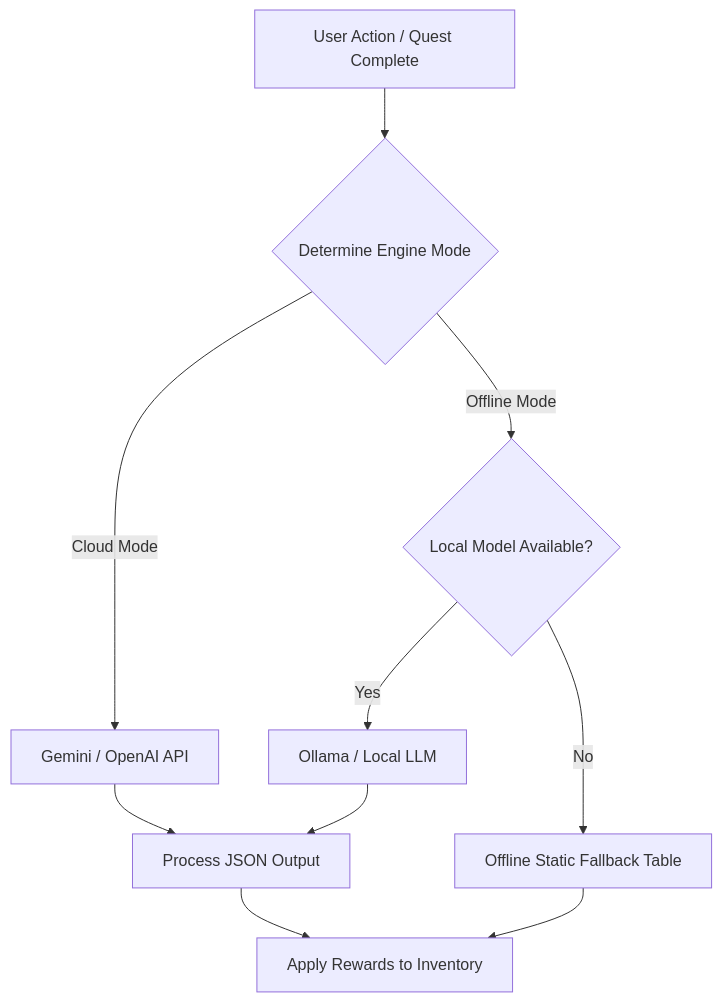
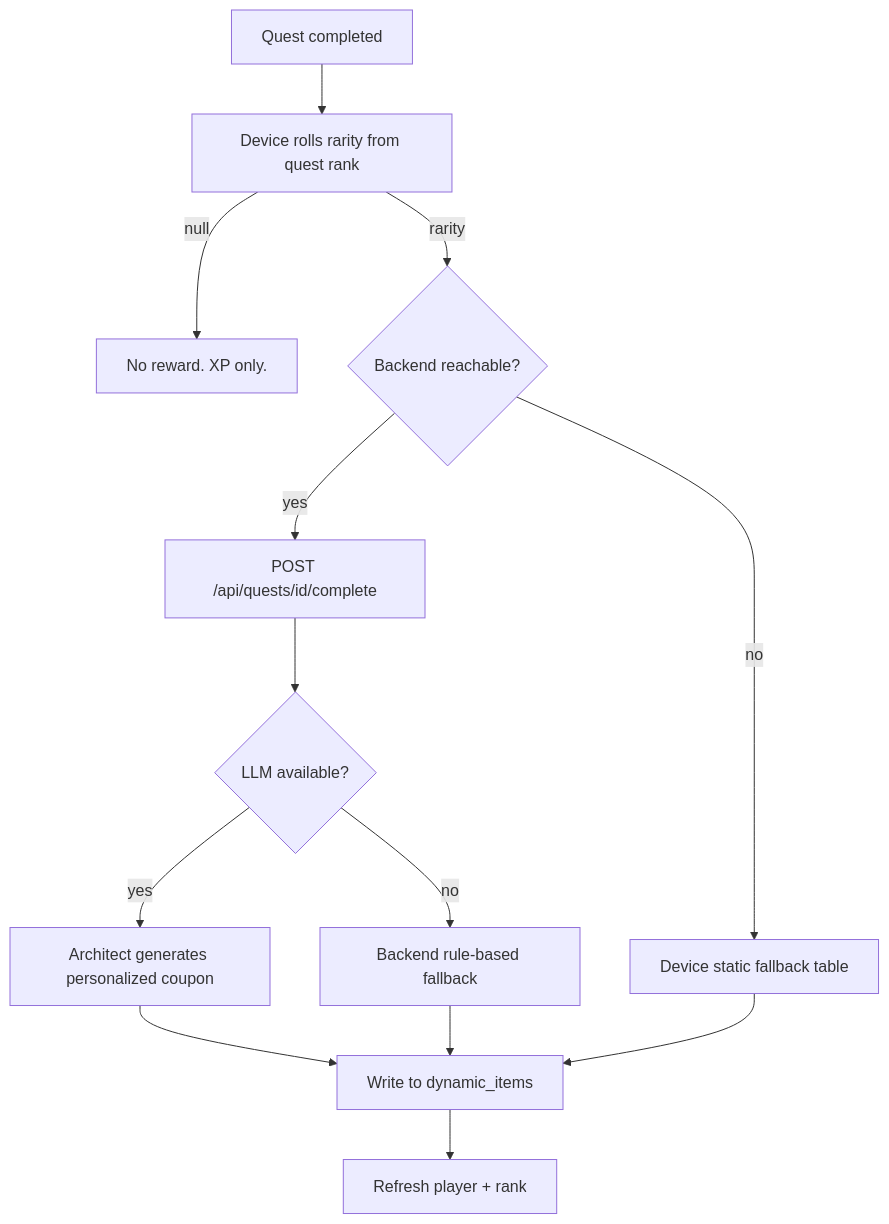
One commit to sahilsubnani49-source/SystemOS changed the diagram in docs/REWARD_SYSTEM.md. Above: the diagram before and after it, drawn with Mermaid. The commit also changed other lines of this file and 36 other files, not shown here.

````diff
--- a/docs/REWARD_SYSTEM.md
+++ b/docs/REWARD_SYSTEM.md
@@ -22,12 +84,15 @@
 ```mermaid
 graph TD
-    A[User Action / Quest Complete] --> B{Determine Engine Mode}
-    B -- Cloud Mode --> C[Gemini / OpenAI API]
-    B -- Offline Mode --> D{Local Model Available?}
-    D -- Yes --> E[Ollama / Local LLM]
-    D -- No --> F[Offline Static Fallback Table]
-    C --> G[Process JSON Output]
-    E --> G
-    F --> H[Apply Rewards to Inventory]
-    G --> H
+    A[Quest completed] --> B[Device rolls rarity from quest rank]
+    B -- null --> C[No reward. XP only.]
+    B -- rarity --> D{Backend reachable?}
+    D -- yes --> E[POST /api/quests/id/complete]
+    E --> F{LLM available?}
+    F -- yes --> G[Architect generates personalized coupon]
+    F -- no --> H[Backend rule-based fallback]
+    D -- no --> I[Device static fallback table]
+    G --> J[Write to dynamic_items]
+    H --> J
+    I --> J
+    J --> K[Refresh player + rank]
 ```
````
